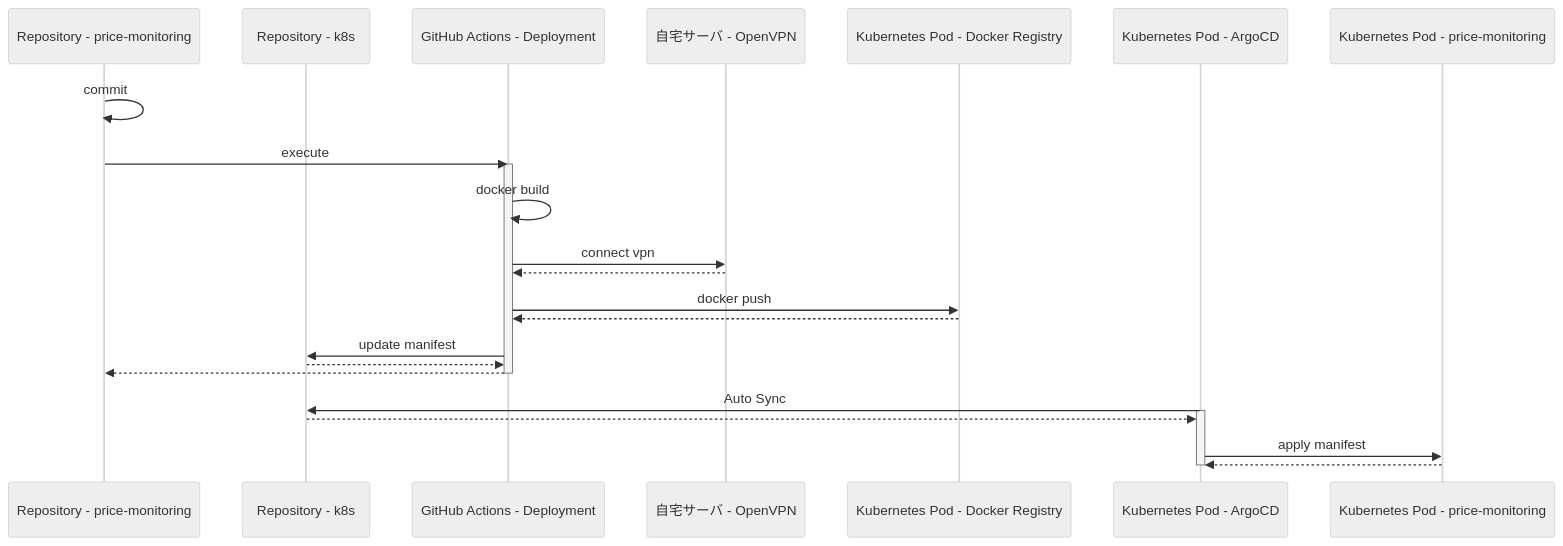
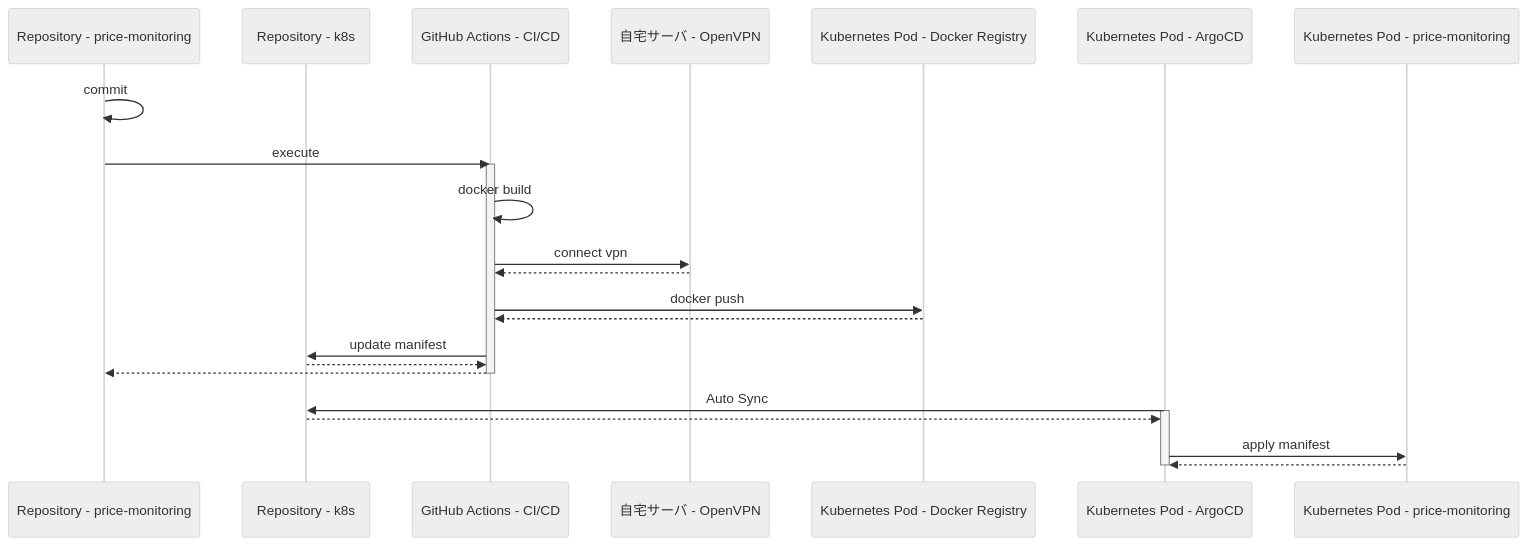
Before and after one commit to kuroweb/price-monitoring: diagram 11 of 11 in README.md, drawn with Mermaid (neutral theme).

````diff
--- a/README.md
+++ b/README.md
@@ -486,29 +486,29 @@
 ```mermaid
 sequenceDiagram
   participant repo_pm as Repository - price-monitoring
   participant repo_k8s as Repository - k8s
-  participant deploy as GitHub Actions - Deployment
+  participant deploy as GitHub Actions - CI/CD
   participant vpn as 自宅サーバ - OpenVPN
   participant kp_registry as Kubernetes Pod - Docker Registry
   participant kp_argocd as Kubernetes Pod - ArgoCD
   participant kp_pm as Kubernetes Pod - price-monitoring
 
   repo_pm->>repo_pm : commit
   repo_pm->>deploy : execute
   activate deploy
   deploy->>deploy : docker build
   deploy->>vpn : connect vpn
   vpn-->>deploy :  
   deploy->>kp_registry : docker push
   kp_registry-->>deploy :  
   deploy->>repo_k8s : update manifest
   repo_k8s-->>deploy :  
   deploy-->>repo_pm :  
   deactivate deploy
   kp_argocd->>repo_k8s : Auto Sync
   activate kp_argocd
   repo_k8s-->>kp_argocd :  
   kp_argocd->>kp_pm : apply manifest
   kp_pm-->>kp_argocd :  
   deactivate kp_argocd
 ```
````
